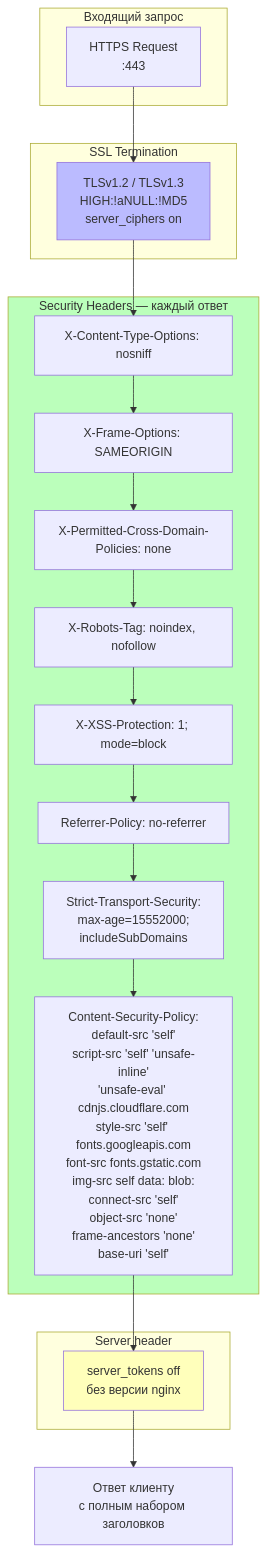
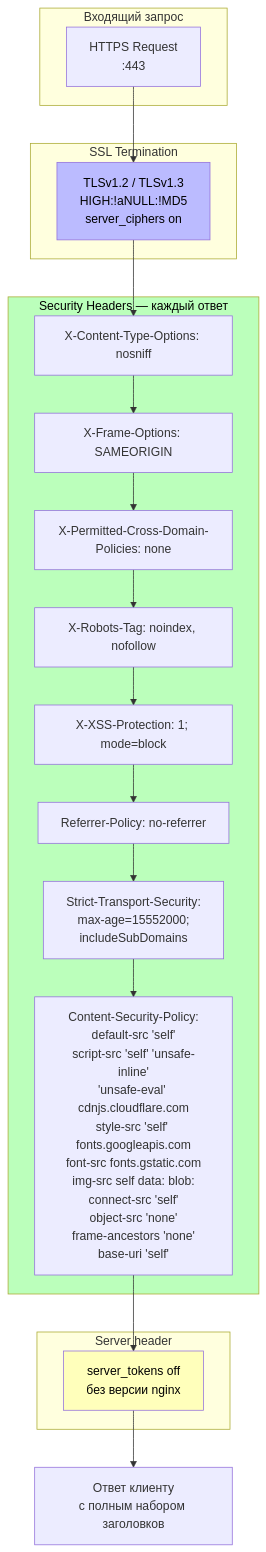
Before and after one commit to iqubik/myfakesite: the fifth of 14 diagrams in docs/myshpere-logic.md, drawn with Mermaid. The commit also changed other lines of this file, not shown here.

````diff
--- a/docs/myshpere-logic.md
+++ b/docs/myshpere-logic.md
@@ -147,41 +147,41 @@
 ```mermaid
 flowchart TD
   subgraph INPUT [Входящий запрос]
     Req["HTTPS Request\n:443"]
   end
 
   subgraph TLS [SSL Termination]
     TLS1["TLSv1.2 / TLSv1.3\nHIGH:!aNULL:!MD5\nserver_ciphers on"]
   end
 
   subgraph HEADERS [Security Headers — каждый ответ]
     H1["X-Content-Type-Options: nosniff"]
     H2["X-Frame-Options: SAMEORIGIN"]
     H3["X-Permitted-Cross-Domain-Policies: none"]
     H4["X-Robots-Tag: noindex, nofollow"]
     H5["X-XSS-Protection: 1; mode=block"]
     H6["Referrer-Policy: no-referrer"]
     H7["Strict-Transport-Security:\nmax-age=15552000;\nincludeSubDomains"]
     H8["Content-Security-Policy:\ndefault-src 'self'\nscript-src 'self' 'unsafe-inline'\n'unsafe-eval' cdnjs.cloudflare.com\nstyle-src 'self' fonts.googleapis.com\nfont-src fonts.gstatic.com\nimg-src self data: blob:\nconnect-src 'self'\nobject-src 'none'\nframe-ancestors 'none'\nbase-uri 'self'"]
   end
 
   subgraph SERVER [Server header]
     SOff["server_tokens off\nбез версии nginx"]
   end
 
   Req --> TLS1
   TLS1 --> H1
   H1 --> H2
   H2 --> H3
   H3 --> H4
   H4 --> H5
   H5 --> H6
   H6 --> H7
   H7 --> H8
   H8 --> SOff
   SOff --> Resp["Ответ клиенту\nс полным набором заголовков"]
 
-  style TLS1 fill:#bbf
-  style HEADERS fill:#bfb
-  style SOff fill:#ffb
+  style TLS1 fill:#bbf,color:#000
+  style HEADERS fill:#bfb,color:#000
+  style SOff fill:#ffb,color:#000
 ```
````
